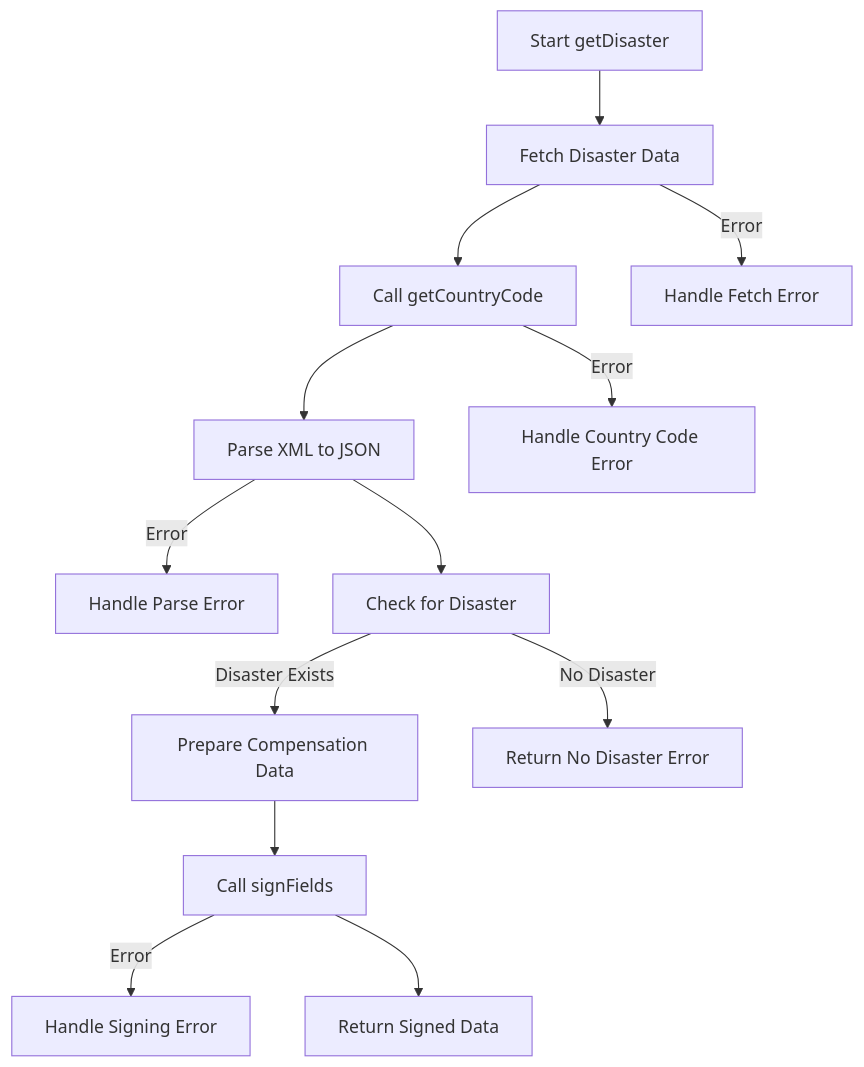
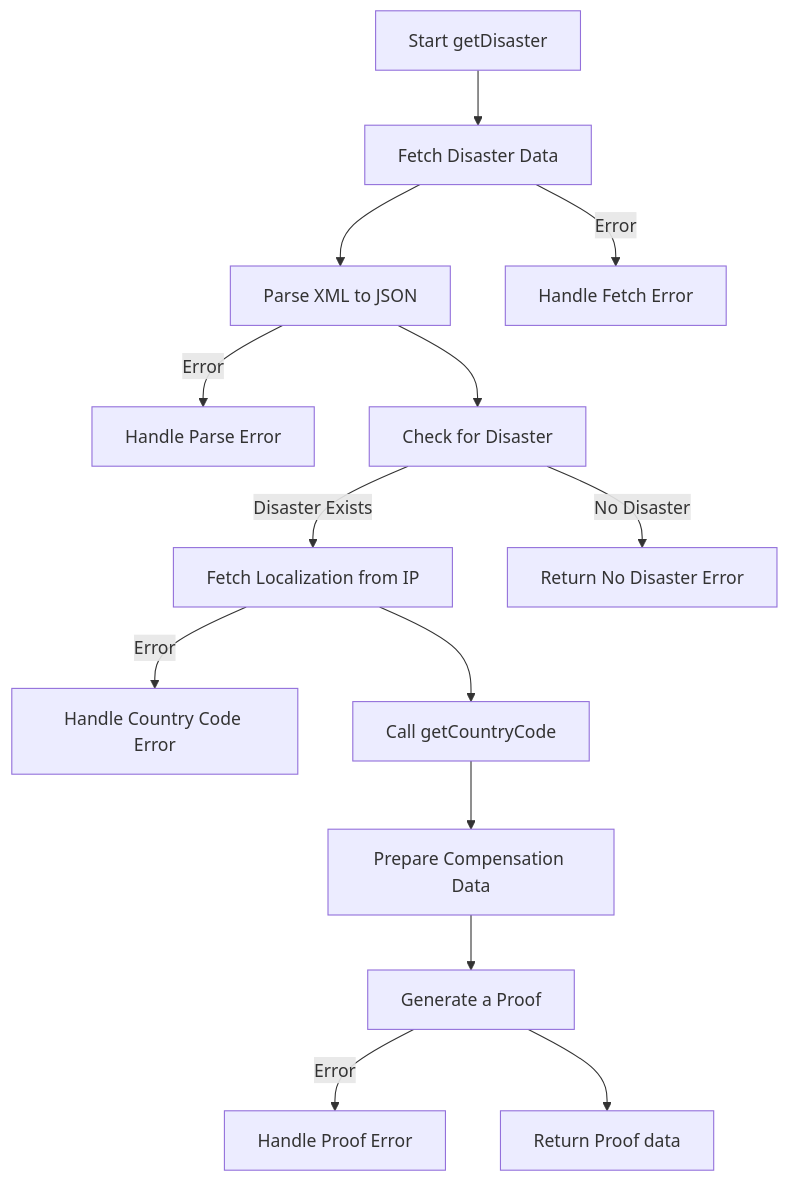
One commit to zguesmi/PRENDICO changed the second of 5 diagrams in README.md. Above: the diagram before and after it, drawn with Mermaid. The commit also changed 1 other file, not shown here.

Commit message:
update disaster and macro architecture

````diff
--- a/README.md
+++ b/README.md
@@ -109,16 +109,17 @@
 ```mermaid
 graph TD
     A[Start getDisaster] --> B[Fetch Disaster Data]
-    B --> G[Call getCountryCode]
-    G --> C[Parse XML to JSON]
+    B --> C[Parse XML to JSON]
     C -->|Error| Y[Handle Parse Error]
     C --> D[Check for Disaster]
-    D -->|Disaster Exists| E[Prepare Compensation Data]
-    D -->|No Disaster| F[Return No Disaster Error]
-    E --> H[Call signFields]
-    H -->|Error| W[Handle Signing Error]
-    H --> I[Return Signed Data]
-    G -->|Error| X[Handle Country Code Error]
+    D -->|Disaster Exists| F[Fetch Localization from IP]
+    D -->|No Disaster| G[Return No Disaster Error]
+    F -->|Error| X[Handle Country Code Error]
+    F --> E[Call getCountryCode]
+    E --> H[Prepare Compensation Data]
+    H --> I[Generate a Proof]
+    I -->|Error| W[Handle Proof Error]
+    I --> J[Return Proof data]
     B -->|Error| Z[Handle Fetch Error]
 
 ```
````
